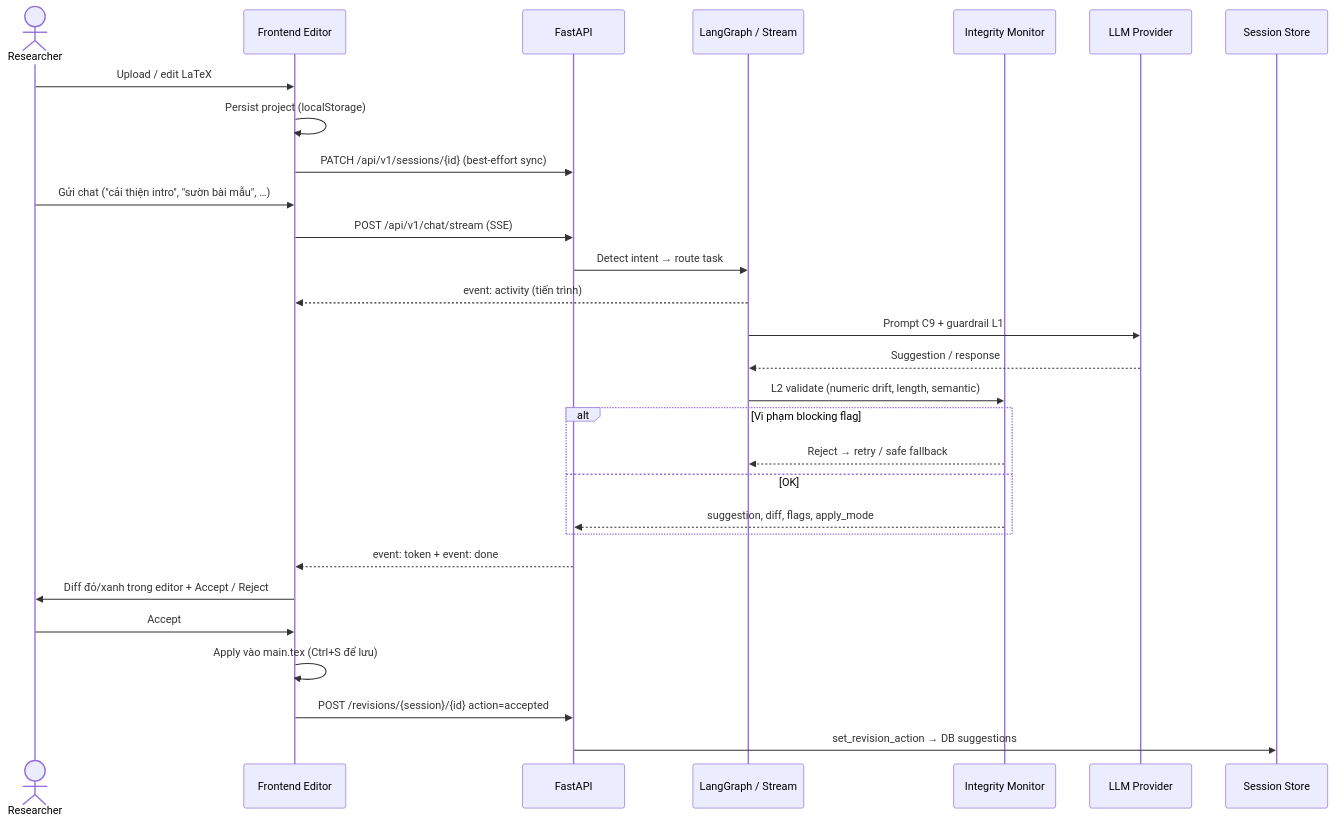
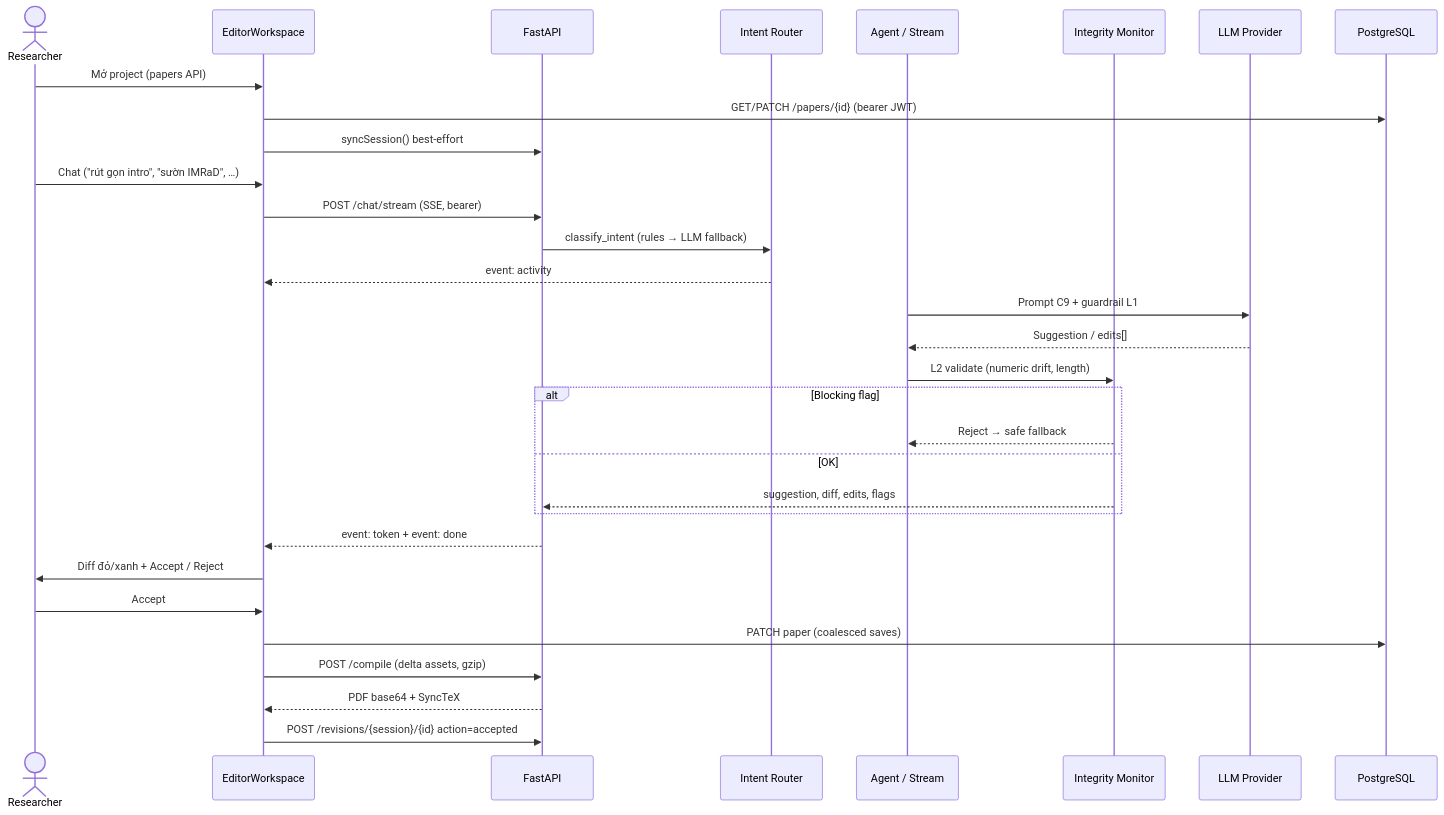
One commit to Tai-TZ/arionear-ai-paper-editor changed the second of 6 diagrams in ARCHITECTURE.md. Above: the diagram before and after it, drawn with Mermaid. The commit also changed other lines of this file and 15 other files, not shown here.

First line of the commit message:
chore: remove dead code and sync architecture docs

````diff
--- a/ARCHITECTURE.md
+++ b/ARCHITECTURE.md
@@ -104,32 +121,34 @@
 ```mermaid
 sequenceDiagram
     actor R as Researcher
-    participant FE as Frontend Editor
+    participant FE as EditorWorkspace
     participant API as FastAPI
-    participant LG as LangGraph / Stream
+    participant IR as Intent Router
+    participant AG as Agent / Stream
     participant AIM as Integrity Monitor
     participant LLM as LLM Provider
-    participant SS as Session Store
+    participant DB as PostgreSQL
 
-    R->>FE: Upload / edit LaTeX
-    FE->>FE: Persist project (localStorage)
-    FE->>API: PATCH /api/v1/sessions/{id} (best-effort sync)
-    R->>FE: Gửi chat ("cải thiện intro", "sườn bài mẫu", …)
-    FE->>API: POST /api/v1/chat/stream (SSE)
-    API->>LG: Detect intent → route task
-    LG-->>FE: event: activity (tiến trình)
-    LG->>LLM: Prompt C9 + guardrail L1
-    LLM-->>LG: Suggestion / response
-    LG->>AIM: L2 validate (numeric drift, length, semantic)
-    alt Vi phạm blocking flag
-        AIM-->>LG: Reject → retry / safe fallback
+    R->>FE: Mở project (papers API)
+    FE->>DB: GET/PATCH /papers/{id} (bearer JWT)
+    FE->>API: syncSession() best-effort
+    R->>FE: Chat ("rút gọn intro", "sườn IMRaD", …)
+    FE->>API: POST /chat/stream (SSE, bearer)
+    API->>IR: classify_intent (rules → LLM fallback)
+    IR-->>FE: event: activity
+    AG->>LLM: Prompt C9 + guardrail L1
+    LLM-->>AG: Suggestion / edits[]
+    AG->>AIM: L2 validate (numeric drift, length)
+    alt Blocking flag
+        AIM-->>AG: Reject → safe fallback
     else OK
-        AIM-->>API: suggestion, diff, flags, apply_mode
+        AIM-->>API: suggestion, diff, edits, flags
     end
     API-->>FE: event: token + event: done
-    FE->>R: Diff đỏ/xanh trong editor + Accept / Reject
+    FE->>R: Diff đỏ/xanh + Accept / Reject
     R->>FE: Accept
-    FE->>FE: Apply vào main.tex (Ctrl+S để lưu)
+    FE->>DB: PATCH paper (coalesced saves)
+    FE->>API: POST /compile (delta assets, gzip)
+    API-->>FE: PDF base64 + SyncTeX
     FE->>API: POST /revisions/{session}/{id} action=accepted
-    API->>SS: set_revision_action → DB suggestions
 ```
````
